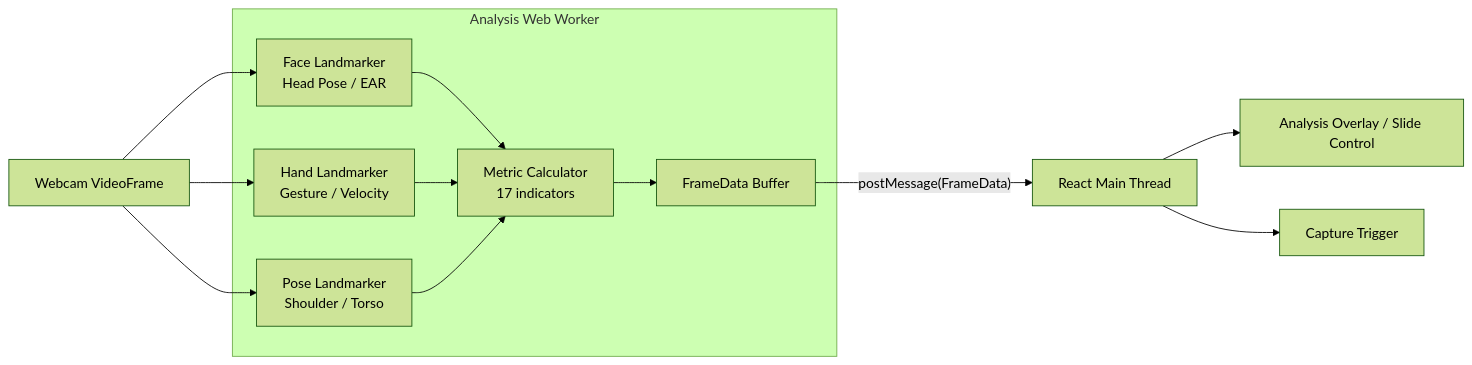
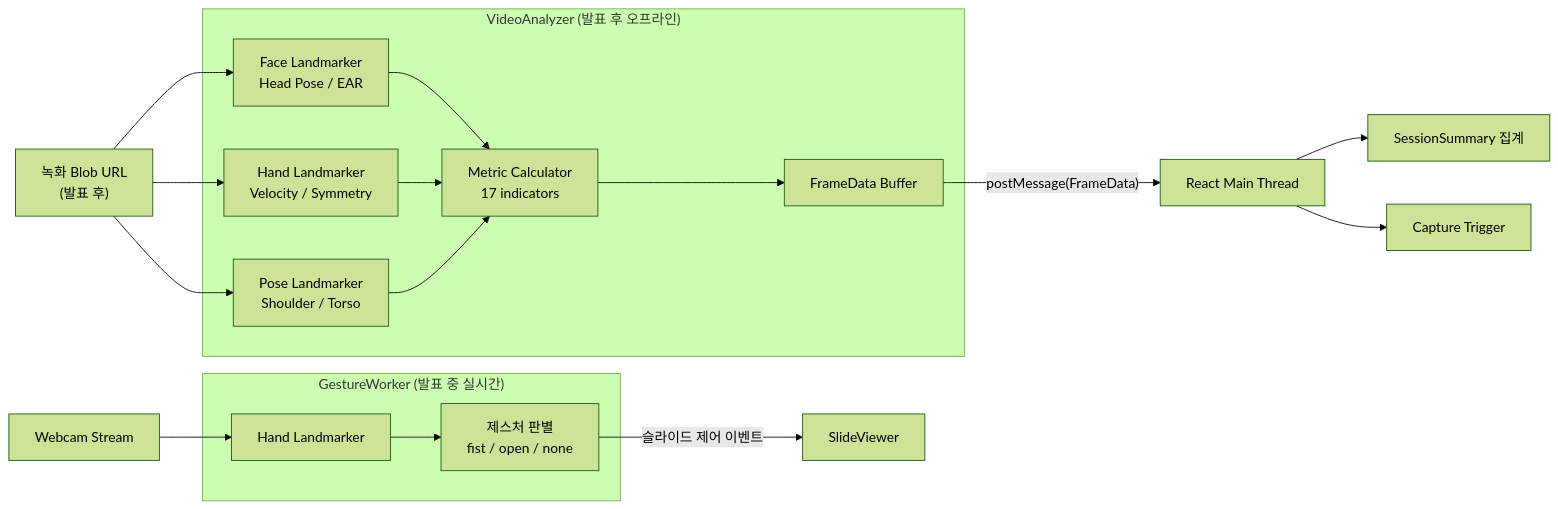
The fifth of 8 diagrams in DSD.md (aikian/presentation), drawn with Mermaid (forest theme) before and after one commit. The commit also changed other lines of this file, not shown here.

Commit message:
DSD 수정: 발표 중 실시간 분석 → 발표 후 오프라인 분석 구조로 변경

````diff
--- a/DSD.md
+++ b/DSD.md
@@ -467,23 +490,33 @@
 ```mermaid
 flowchart LR
-    Video["Webcam VideoFrame"]
+    Webcam["Webcam Stream"]
+    RecordedBlob["녹화 Blob URL<br/>(발표 후)"]
 
-    subgraph WorkerBox["Analysis Web Worker"]
-        Face["Face Landmarker<br/>Head Pose / EAR"]
-        Hand["Hand Landmarker<br/>Gesture / Velocity"]
-        Pose["Pose Landmarker<br/>Shoulder / Torso"]
+    subgraph GW["GestureWorker (발표 중 실시간)"]
+        HandRT["Hand Landmarker"]
+        GestureJudge["제스처 판별<br/>fist / open / none"]
+    end
+
+    subgraph VA["VideoAnalyzer (발표 후 오프라인)"]
+        FaceOff["Face Landmarker<br/>Head Pose / EAR"]
+        HandOff["Hand Landmarker<br/>Velocity / Symmetry"]
+        PoseOff["Pose Landmarker<br/>Shoulder / Torso"]
         Metric["Metric Calculator<br/>17 indicators"]
         Buffer["FrameData Buffer"]
     end
 
-    Video --> Face
-    Video --> Hand
-    Video --> Pose
-    Face --> Metric
-    Hand --> Metric
-    Pose --> Metric
+    Webcam --> HandRT
+    HandRT --> GestureJudge
+    GestureJudge -- "슬라이드 제어 이벤트" --> SlideControl["SlideViewer"]
+
+    RecordedBlob --> FaceOff
+    RecordedBlob --> HandOff
+    RecordedBlob --> PoseOff
+    FaceOff --> Metric
+    HandOff --> Metric
+    PoseOff --> Metric
     Metric --> Buffer
     Buffer -- "postMessage(FrameData)" --> Main["React Main Thread"]
-    Main --> Overlay["Analysis Overlay / Slide Control"]
+    Main --> Summary["SessionSummary 집계"]
     Main --> Capture["Capture Trigger"]
 ```
````
